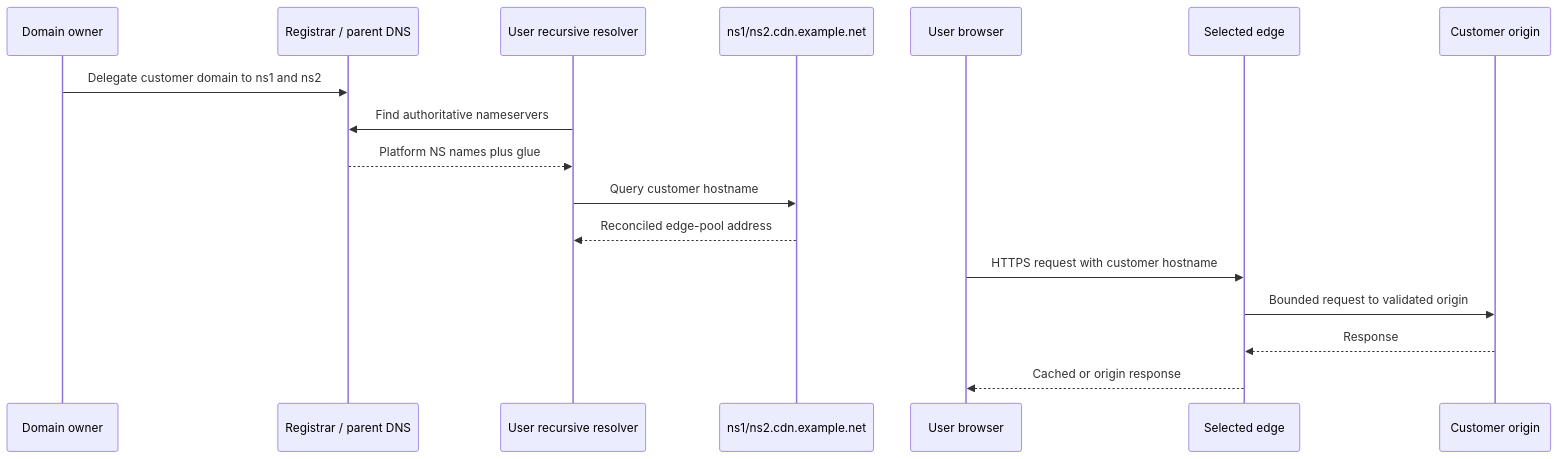
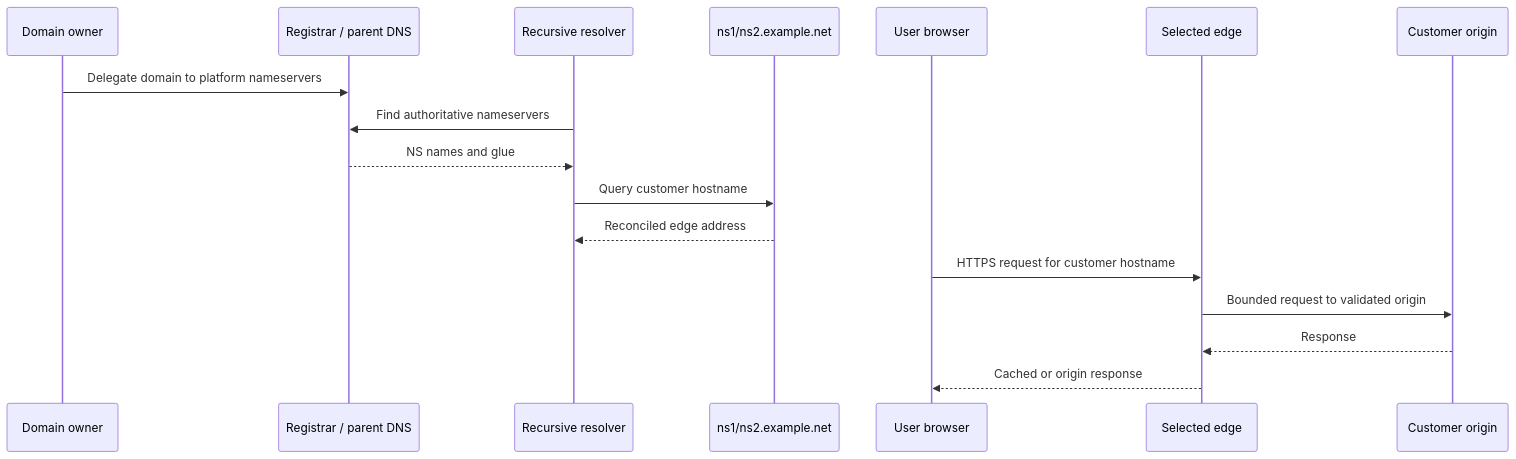
One commit to vaheed/CDNFoundry changed the third of 3 diagrams in docs/production-quick-start.md. Above: the diagram before and after it, drawn with Mermaid. The commit also changed other lines of this file and 12 other files, not shown here.

````diff
--- a/docs/production-quick-start.md
+++ b/docs/production-quick-start.md
@@ -110,19 +139,19 @@
 ```mermaid
 sequenceDiagram
     participant Owner as Domain owner
-    participant Registrar as Registrar / parent DNS
-    participant Resolver as User recursive resolver
-    participant NS as ns1/ns2.cdn.example.net
+    participant Parent as Registrar / parent DNS
+    participant Resolver as Recursive resolver
+    participant NS as ns1/ns2.example.net
     participant Browser as User browser
     participant Edge as Selected edge
     participant Origin as Customer origin
-    Owner->>Registrar: Delegate customer domain to ns1 and ns2
-    Resolver->>Registrar: Find authoritative nameservers
-    Registrar-->>Resolver: Platform NS names plus glue
+    Owner->>Parent: Delegate domain to platform nameservers
+    Resolver->>Parent: Find authoritative nameservers
+    Parent-->>Resolver: NS names and glue
     Resolver->>NS: Query customer hostname
-    NS-->>Resolver: Reconciled edge-pool address
-    Browser->>Edge: HTTPS request with customer hostname
+    NS-->>Resolver: Reconciled edge address
+    Browser->>Edge: HTTPS request for customer hostname
     Edge->>Origin: Bounded request to validated origin
     Origin-->>Edge: Response
     Edge-->>Browser: Cached or origin response
 ```
````
